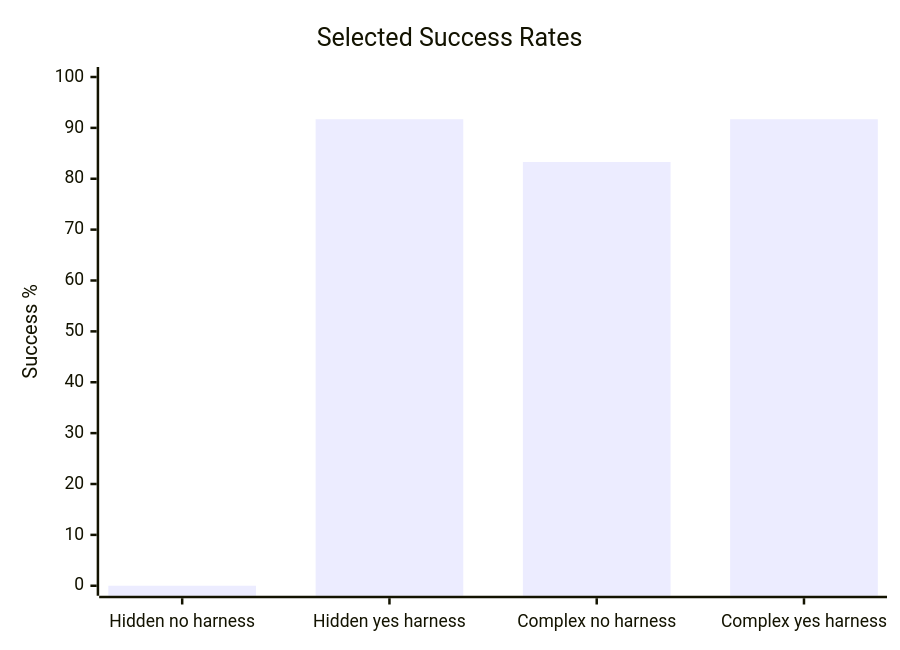
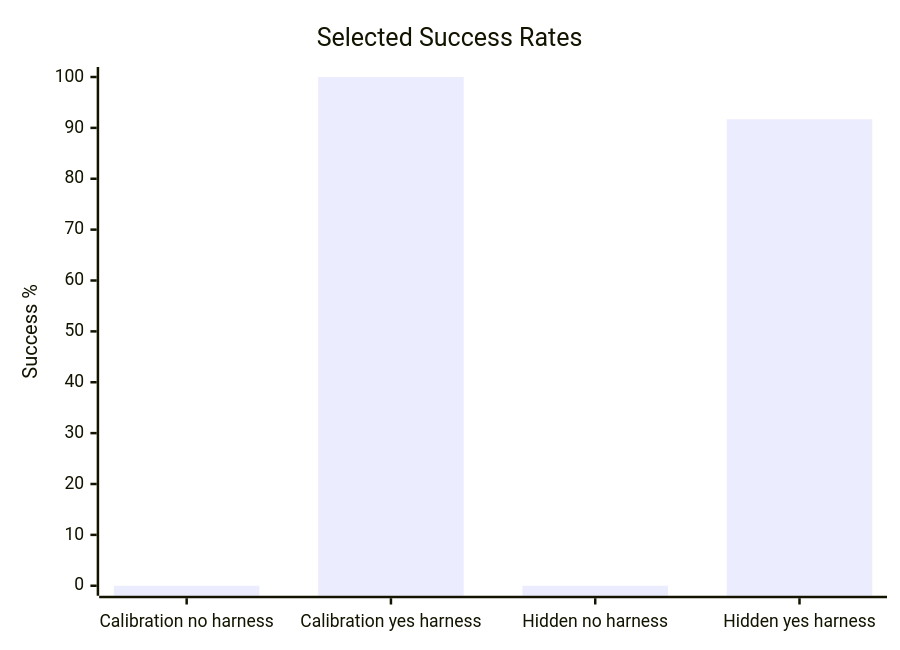
Before and after one commit to harnessworks/harness-agent-benchmark-runner: the diagram in README.md, drawn with Mermaid. The commit also changed other lines of this file and 4 other files, not shown here.

Commit message:
Document hidden Flask calibration

````diff
--- a/README.md
+++ b/README.md
@@ -73,7 +80,7 @@
 ```mermaid
 xychart-beta
     title "Selected Success Rates"
-    x-axis ["Hidden no harness", "Hidden yes harness", "Complex no harness", "Complex yes harness"]
+    x-axis ["Calibration no harness", "Calibration yes harness", "Hidden no harness", "Hidden yes harness"]
     y-axis "Success %" 0 --> 100
-    bar [0, 91.7, 83.3, 91.7]
+    bar [0, 100, 0, 91.7]
 ```
````
